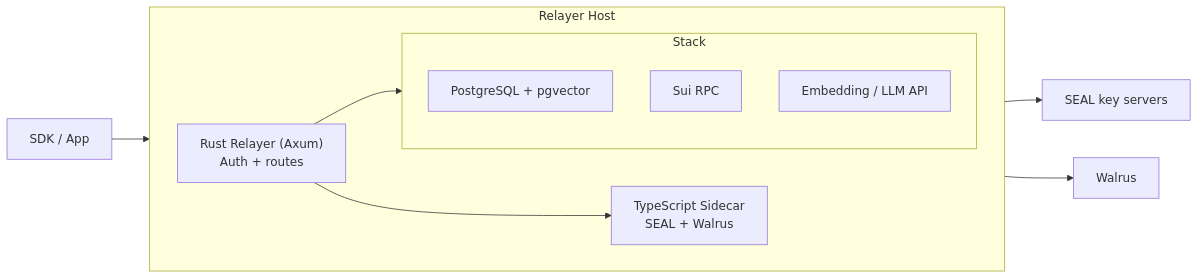
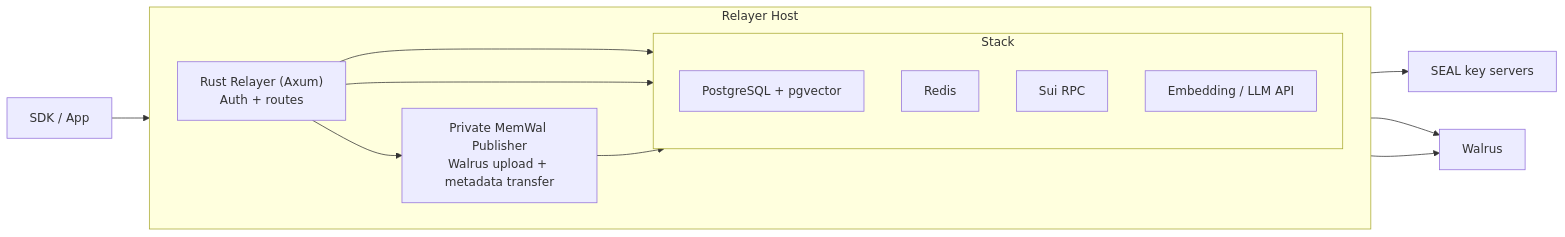
One commit to MystenLabs/MemWal changed the diagram in docs/relayer/overview.md. Above: the diagram before and after it, drawn with Mermaid. The commit also changed other lines of this file and 88 other files, not shown here.

Commit message:
Move relayer to Rust-only publisher flow

````diff
--- a/docs/relayer/overview.md
+++ b/docs/relayer/overview.md
@@ -22,35 +23,38 @@
 ```mermaid
 flowchart LR
     Client["SDK / App"]
 
     %% ===== HOST =====
     subgraph Host["Relayer Host"]
         direction LR
 
         Axum["Rust Relayer (Axum)<br>Auth + routes"]
-        Sidecar["TypeScript Sidecar<br>SEAL + Walrus"]
+        Publisher["Private MemWal Publisher<br>Walrus upload + metadata transfer"]
 
         %% container backend
         subgraph Stack
             direction TB
             DB["PostgreSQL + pgvector"]
+            Redis["Redis"]
             Sui["Sui RPC"]
             AI["Embedding / LLM API"]
         end
     end
 
     %% external
     Seal["SEAL key servers"]
     Walrus["Walrus"]
 
     %% flows
     Client --> Axum
 
     %% chỉ nối vào container (qua node đầu)
     Axum --> DB
+    Axum --> Redis
+    Axum --> Publisher
 
-    %% sidecar
-    Axum --> Sidecar
-    Sidecar --> Seal
-    Sidecar --> Walrus  
+    Axum --> Seal
+    Axum --> Walrus
+    Publisher --> Walrus
+    Publisher --> Sui
 ```
````
